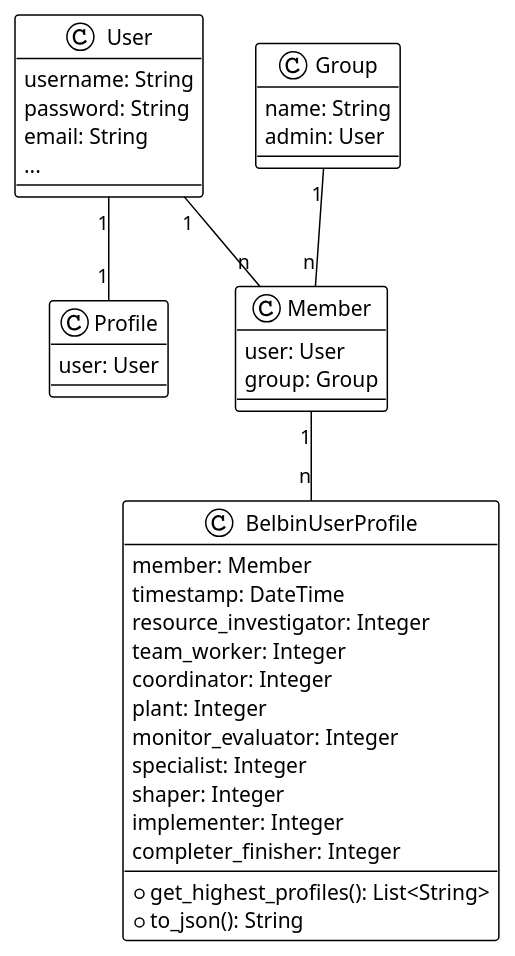
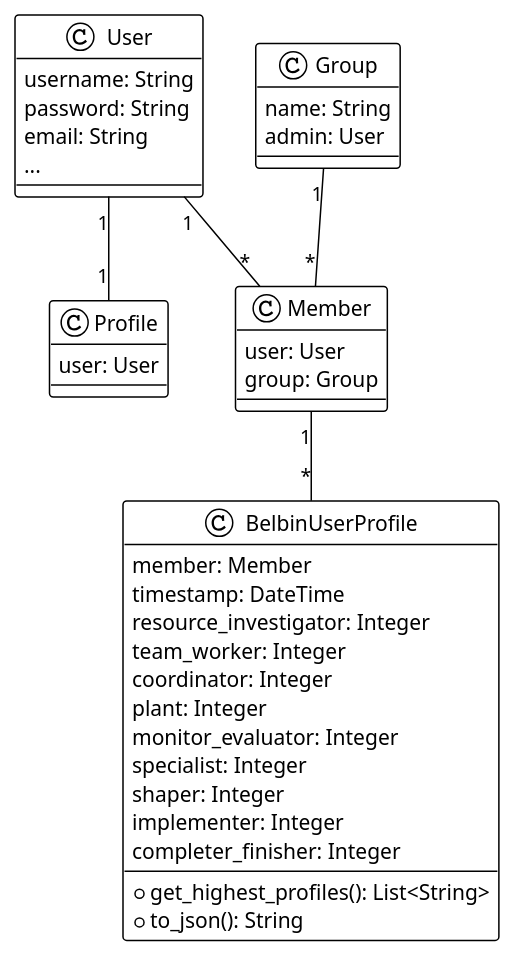
The diagram in diagrams/clases.iuml (Galindo-lab/team-work-demo), drawn with PlantUML before and after one commit.

Commit message:
diagrama ctualizado

```diff
--- a/diagrams/clases.iuml
+++ b/diagrams/clases.iuml
@@ -1,46 +1,47 @@
 @startuml
 !theme plain
+
+class BelbinUserProfile {
+    member: Member
+    timestamp: DateTime
+    resource_investigator: Integer
+    team_worker: Integer
+    coordinator: Integer
+    plant: Integer
+    monitor_evaluator: Integer
+    specialist: Integer
+    shaper: Integer
+    implementer: Integer
+    completer_finisher: Integer
+    + get_highest_profiles(): List<String>
+    + to_json(): String
+}
 
 class User {
     username: String
     password: String
     email: String
     ...
 }
 
 class Profile {
     user: User
 }
 
 class Group {
     name: String
     admin: User
 }
 
 class Member {
     user: User
     group: Group
 }
 
-class BelbinUserProfile {
-    member: Member
-    timestamp: DateTime
-    resource_investigator: Integer
-    team_worker: Integer
-    coordinator: Integer
-    plant: Integer
-    monitor_evaluator: Integer
-    specialist: Integer
-    shaper: Integer
-    implementer: Integer
-    completer_finisher: Integer
-    + get_highest_profiles(): List<String>
-    + to_json(): String
-}
 
 User "1" -- "1" Profile
-Group "1" -- "n" Member
-User "1" -- "n" Member
-Member "1" -- "n" BelbinUserProfile
+Group "1" -- "*" Member
+User "1" -- "*" Member
+Member "1" -- "*" BelbinUserProfile
 
 @enduml
```
